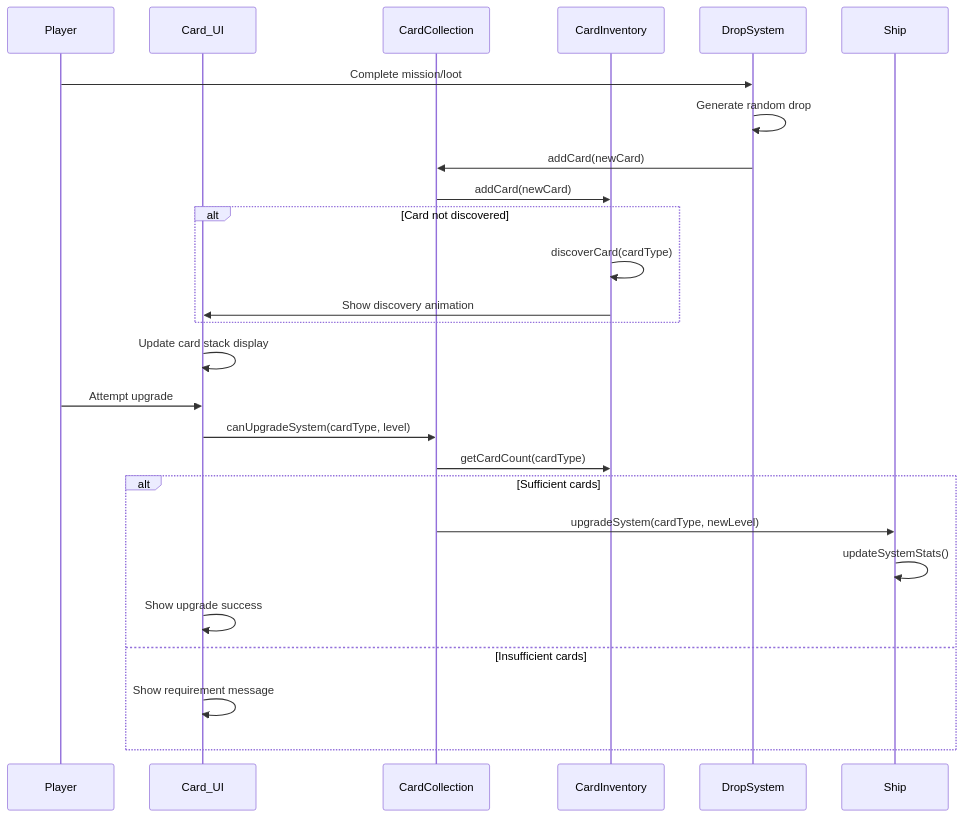
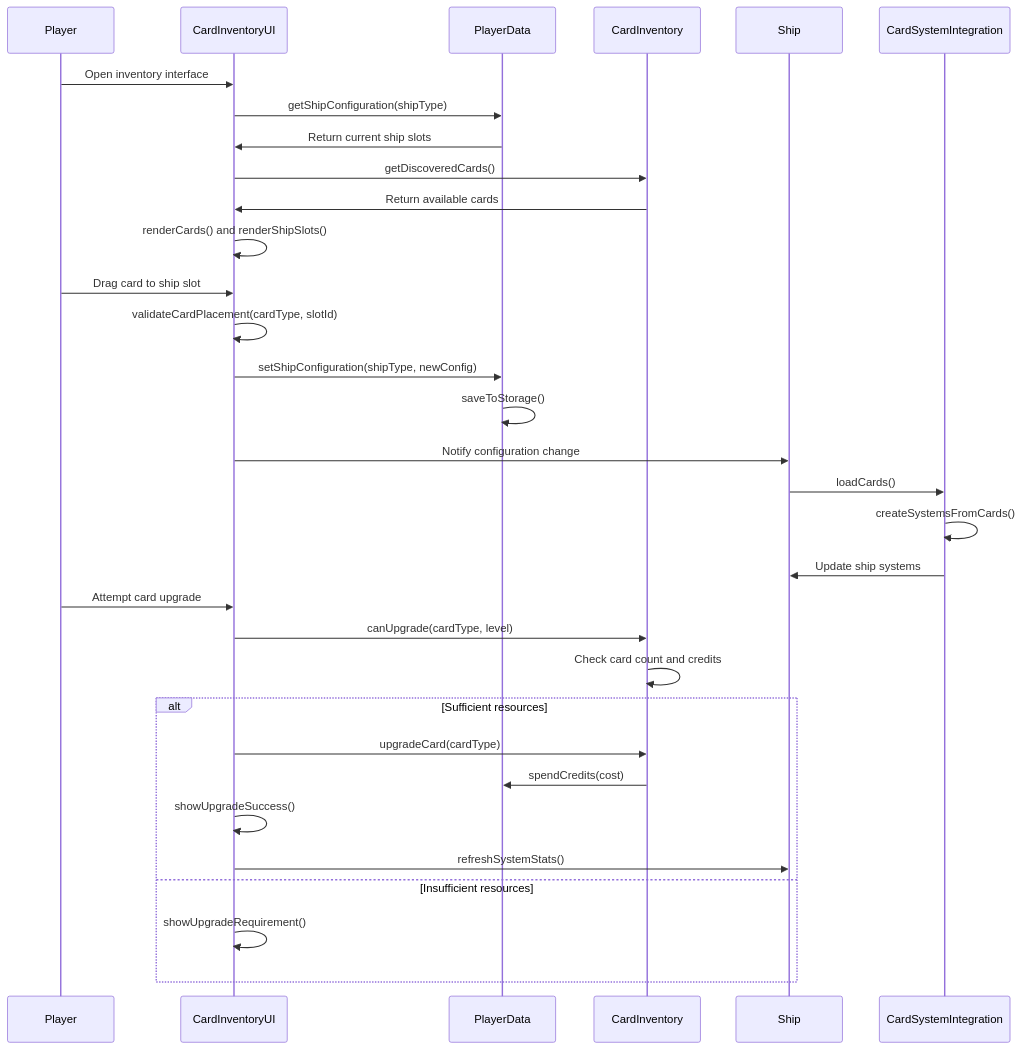
One commit to thoracle/planetz changed the third of 10 diagrams in docs/system_architecture.md. Above: the diagram before and after it, drawn with Mermaid. The commit also changed other lines of this file and 3 other files, not shown here.

````diff
--- a/docs/system_architecture.md
+++ b/docs/system_architecture.md
@@ -78,33 +178,38 @@
 ```mermaid
 sequenceDiagram
     participant Player
-    participant CardUI as Card_UI
-    participant Collection as CardCollection
-    participant Inventory as CardInventory
-    participant Drop as DropSystem
+    participant CardUI as CardInventoryUI
+    participant PlayerData as PlayerData
+    participant Collection as CardInventory
     participant Ship as Ship
+    participant CardSystem as CardSystemIntegration
 
-    Player->>Drop: Complete mission/loot
-    Drop->>Drop: Generate random drop
-    Drop->>Collection: addCard(newCard)
-    Collection->>Inventory: addCard(newCard)
+    Player->>CardUI: Open inventory interface
+    CardUI->>PlayerData: getShipConfiguration(shipType)
+    PlayerData->>CardUI: Return current ship slots
+    CardUI->>Collection: getDiscoveredCards()
+    Collection->>CardUI: Return available cards
+    CardUI->>CardUI: renderCards() and renderShipSlots()
+
+    Player->>CardUI: Drag card to ship slot
+    CardUI->>CardUI: validateCardPlacement(cardType, slotId)
+    CardUI->>PlayerData: setShipConfiguration(shipType, newConfig)
+    PlayerData->>PlayerData: saveToStorage()
+    CardUI->>Ship: Notify configuration change
+    Ship->>CardSystem: loadCards()
+    CardSystem->>CardSystem: createSystemsFromCards()
+    CardSystem->>Ship: Update ship systems
+
+    Player->>CardUI: Attempt card upgrade
+    CardUI->>Collection: canUpgrade(cardType, level)
+    Collection->>Collection: Check card count and credits
     
-    alt Card not discovered
-        Inventory->>Inventory: discoverCard(cardType)
-        Inventory->>CardUI: Show discovery animation
-    end
-    
-    CardUI->>CardUI: Update card stack display
-    
-    Player->>CardUI: Attempt upgrade
-    CardUI->>Collection: canUpgradeSystem(cardType, level)
-    Collection->>Inventory: getCardCount(cardType)
-    
-    alt Sufficient cards
-        Collection->>Ship: upgradeSystem(cardType, newLevel)
-        Ship->>Ship: updateSystemStats()
-        CardUI->>CardUI: Show upgrade success
-    else Insufficient cards
-        CardUI->>CardUI: Show requirement message
+    alt Sufficient resources
+        CardUI->>Collection: upgradeCard(cardType)
+        Collection->>PlayerData: spendCredits(cost)
+        CardUI->>CardUI: showUpgradeSuccess()
+        CardUI->>Ship: refreshSystemStats()
+    else Insufficient resources
+        CardUI->>CardUI: showUpgradeRequirement()
     end
 ```
````
